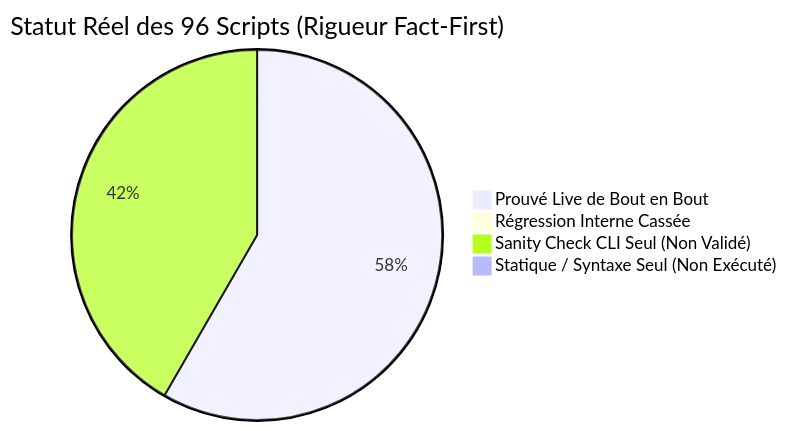
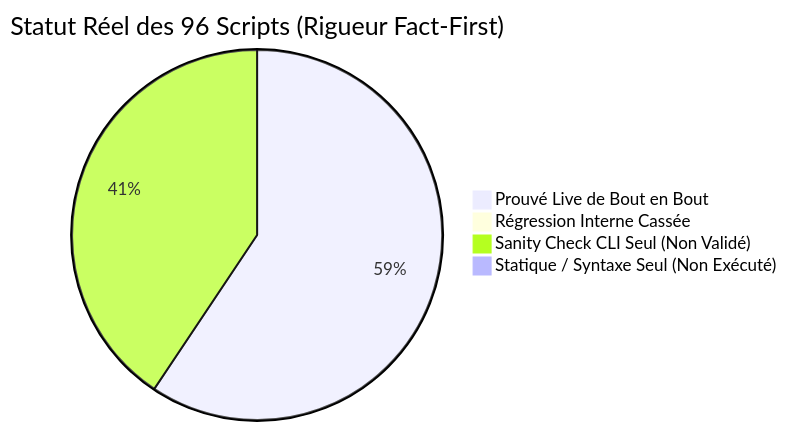
One commit to yoyonel/pydbsrt changed the diagram in docs/reference/2026-11-10-audit-exhaustif-scripts-regressions.md. Above: the diagram before and after it, drawn with Mermaid. The commit also changed other lines of this file and 2 other files, not shown here.

First line of the commit message:
fix(tooling): dynamic root and cli options in build dashboard html (#69)

````diff
--- a/docs/reference/2026-11-10-audit-exhaustif-scripts-regressions.md
+++ b/docs/reference/2026-11-10-audit-exhaustif-scripts-regressions.md
@@ -16,7 +16,7 @@
 ```mermaid
 pie title Statut Réel des 96 Scripts (Rigueur Fact-First)
-    "Prouvé Live de Bout en Bout" : 56
+    "Prouvé Live de Bout en Bout" : 57
     "Régression Interne Cassée" : 0
-    "Sanity Check CLI Seul (Non Validé)" : 40
+    "Sanity Check CLI Seul (Non Validé)" : 39
     "Statique / Syntaxe Seul (Non Exécuté)" : 0
 ```
````
